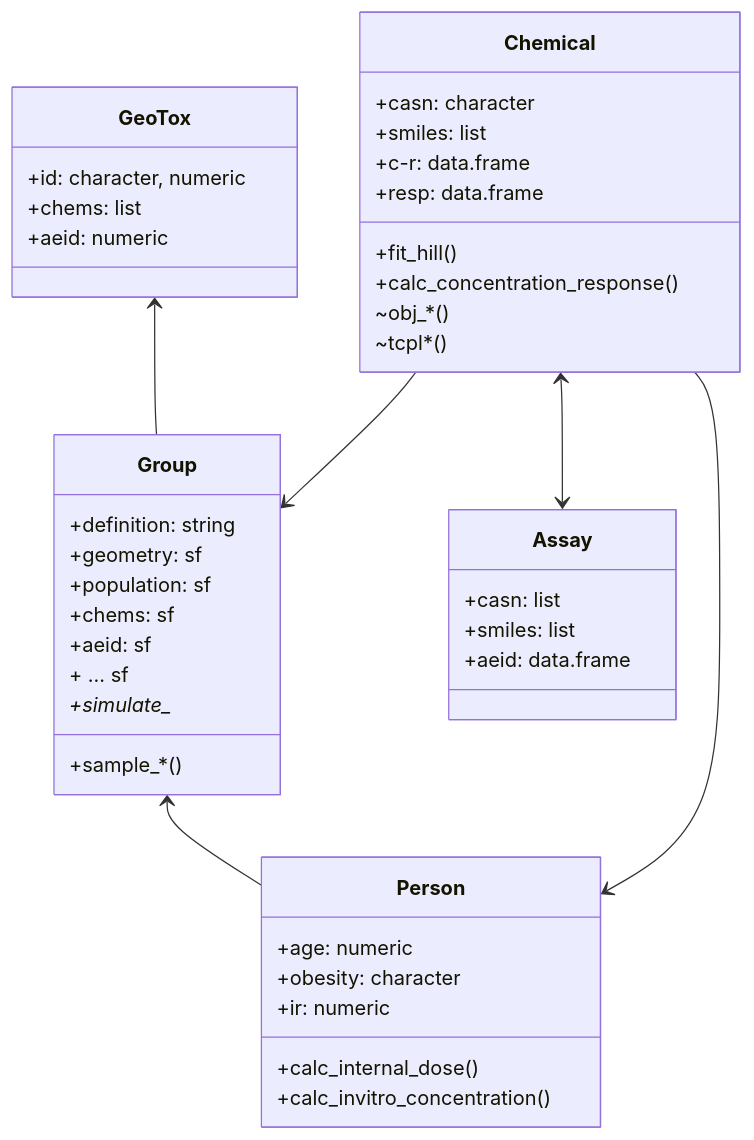
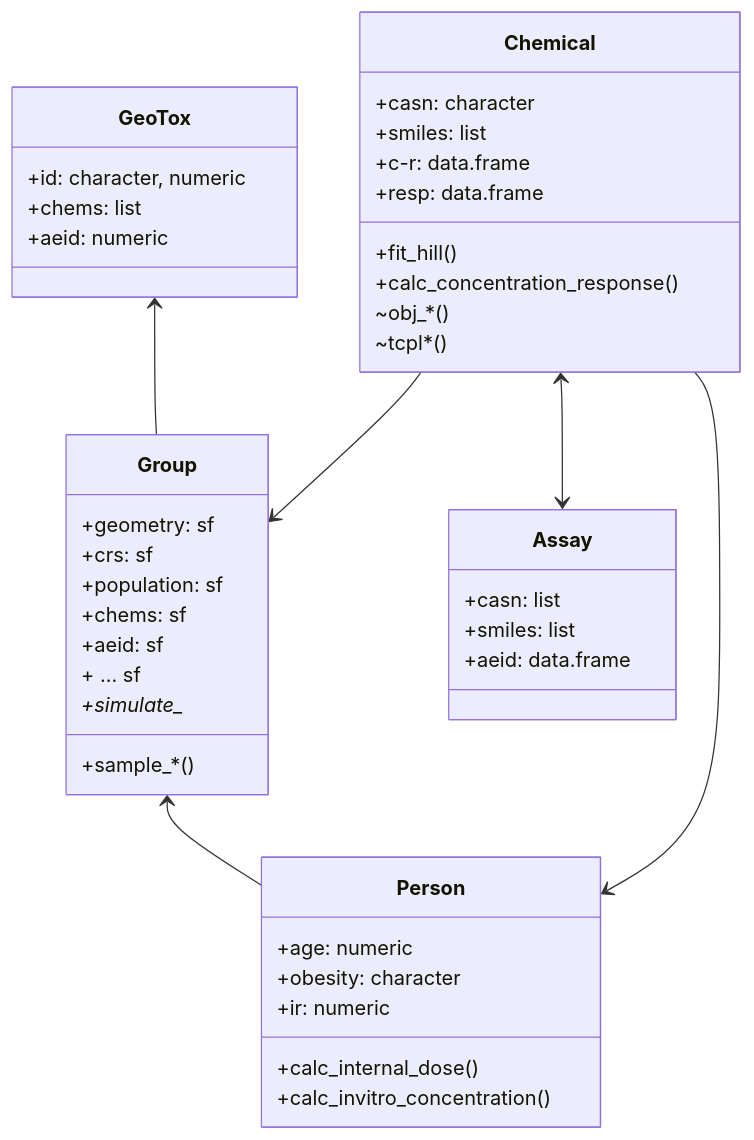
One commit to NIEHS/GeoTox changed the diagram in objects.md. Above: the diagram before and after it, drawn with Mermaid.

````diff
--- a/objects.md
+++ b/objects.md
@@ -2,51 +2,51 @@
 ```mermaid
 classDiagram
     class GeoTox {
         +id: character, numeric
         +chems: list
         +aeid: numeric
     }
   
       class Group {
-        +definition: string
         +geometry: sf
+        +crs: sf
         +population: sf
         +chems: sf
         +aeid: sf
         + ...  sf
         +sample_*()
         +simulate_*
     }
 
     class Person {
         +age: numeric
         +obesity: character
         +ir: numeric
         +calc_internal_dose()
         +calc_invitro_concentration()
     }
 
     class Chemical {
         +casn: character
         +smiles: list
         +c-r: data.frame
         +resp: data.frame
         +fit_hill()
         +calc_concentration_response()
         ~obj_*()
         ~tcpl*()
     }
 
     class Assay {
         +casn: list
         +smiles: list
         +aeid: data.frame
     }
 
     GeoTox <-- Group
     Group <-- Person
     Chemical <--> Assay
     Chemical --> Group
     Chemical --> Person
 
 ```
````
